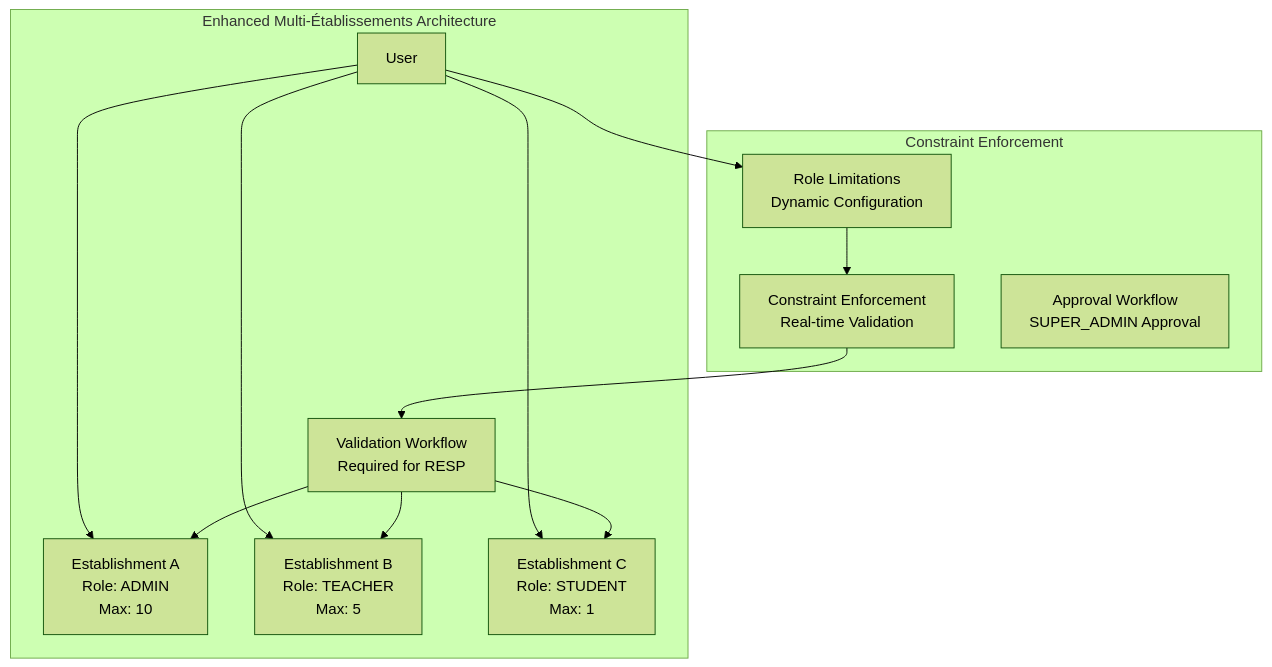
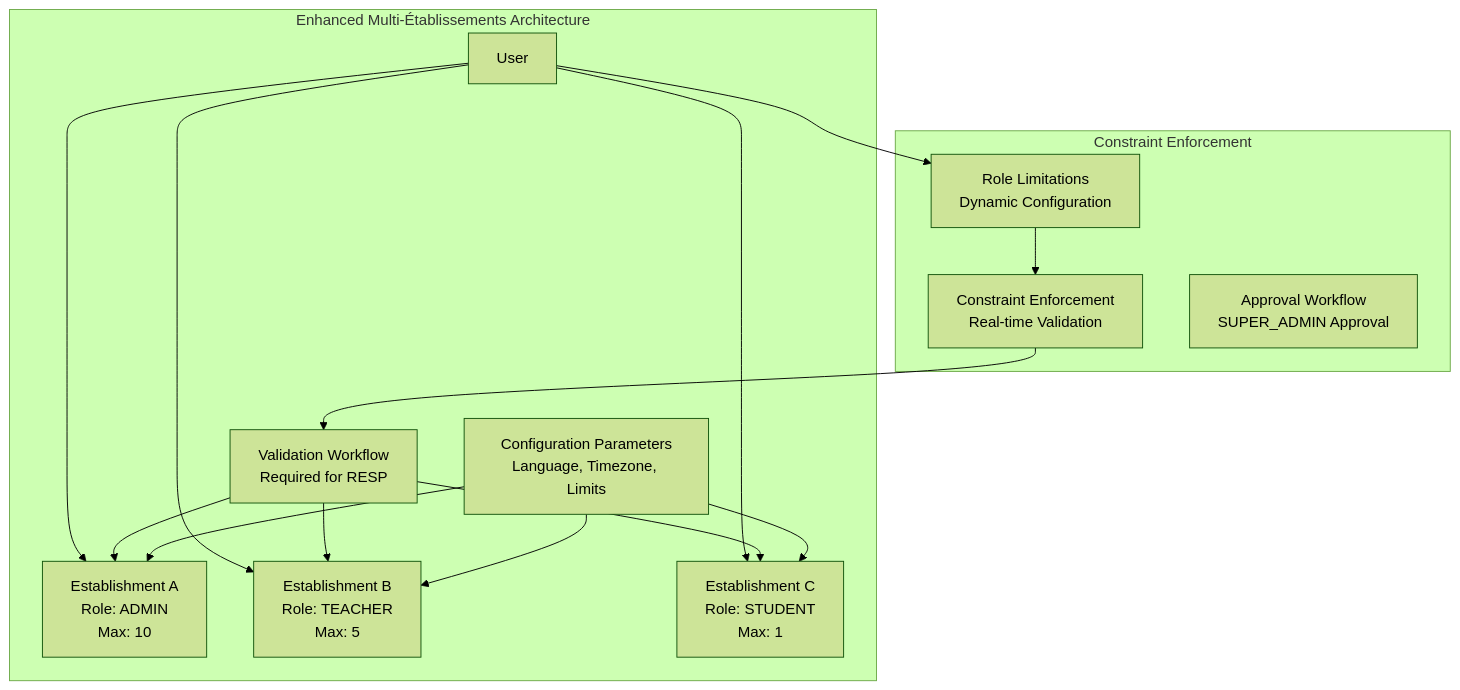
One commit to franckylab/eLISAschool changed the second of 19 diagrams in .qoder/repowiki/en/content/Modules & Features/Administrative Modules/Establishment Management.md. Above: the diagram before and after it, drawn with Mermaid (forest theme). The commit also changed other lines of this file and 155 other files, not shown here.

````diff
--- a/.qoder/repowiki/en/content/Modules & Features/Administrative Modules/Establishment Management.md
+++ b/.qoder/repowiki/en/content/Modules & Features/Administrative Modules/Establishment Management.md
@@ -116,24 +127,28 @@
 ```mermaid
 graph TB
 subgraph "Enhanced Multi-Établissements Architecture"
 User["User"]
 EtabA["Establishment A<br/>Role: ADMIN<br/>Max: 10"]
 EtabB["Establishment B<br/>Role: TEACHER<br/>Max: 5"]
 EtabC["Establishment C<br/>Role: STUDENT<br/>Max: 1"]
-Validation["Validation Workflow<br/>Required for RESP</Validation>"]
+Validation["Validation Workflow<br/>Required for RESP"]
+ConfigParams["Configuration Parameters<br/>Language, Timezone, Limits"]
 end
 subgraph "Constraint Enforcement"
 Limitations["Role Limitations<br/>Dynamic Configuration"]
 Enforcement["Constraint Enforcement<br/>Real-time Validation"]
 Workflow["Approval Workflow<br/>SUPER_ADMIN Approval"]
 end
 User --> Limitations
 Limitations --> Enforcement
 Enforcement --> Validation
 User --> EtabA
 User --> EtabB
 User --> EtabC
 Validation --> EtabA
 Validation --> EtabB
 Validation --> EtabC
+ConfigParams --> EtabA
+ConfigParams --> EtabB
+ConfigParams --> EtabC
 ```
````
